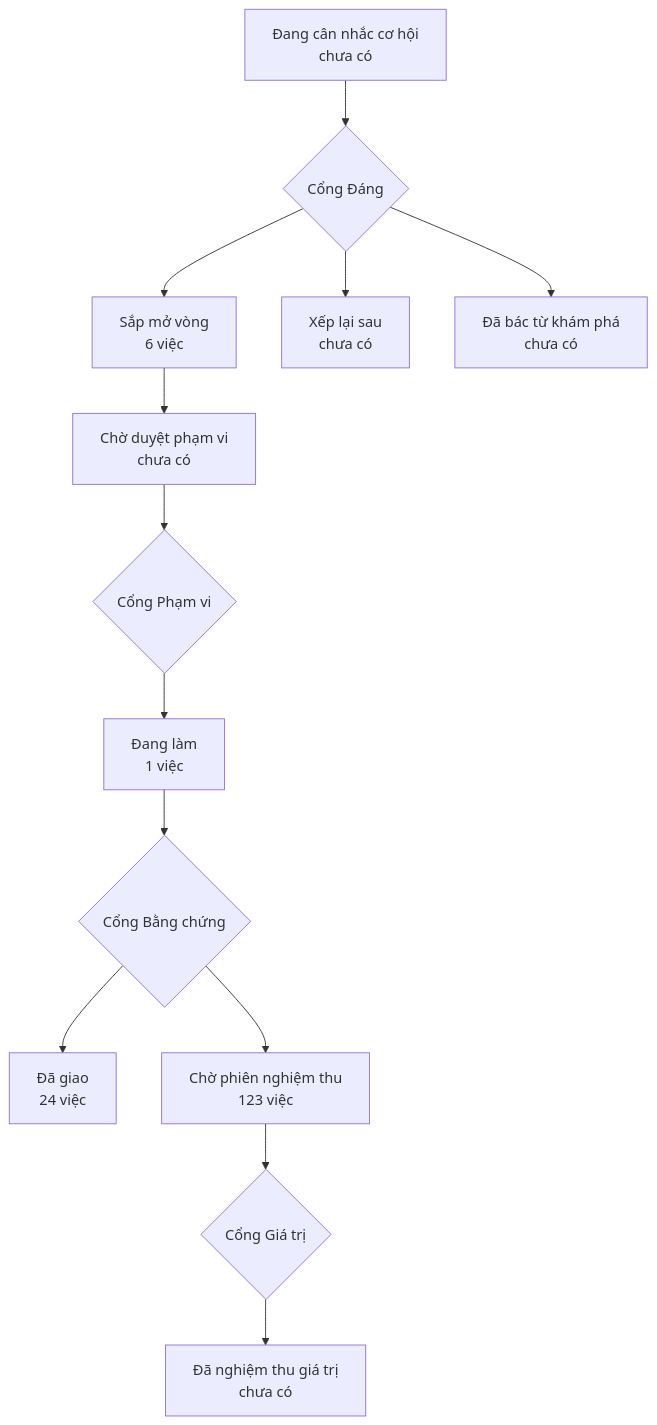
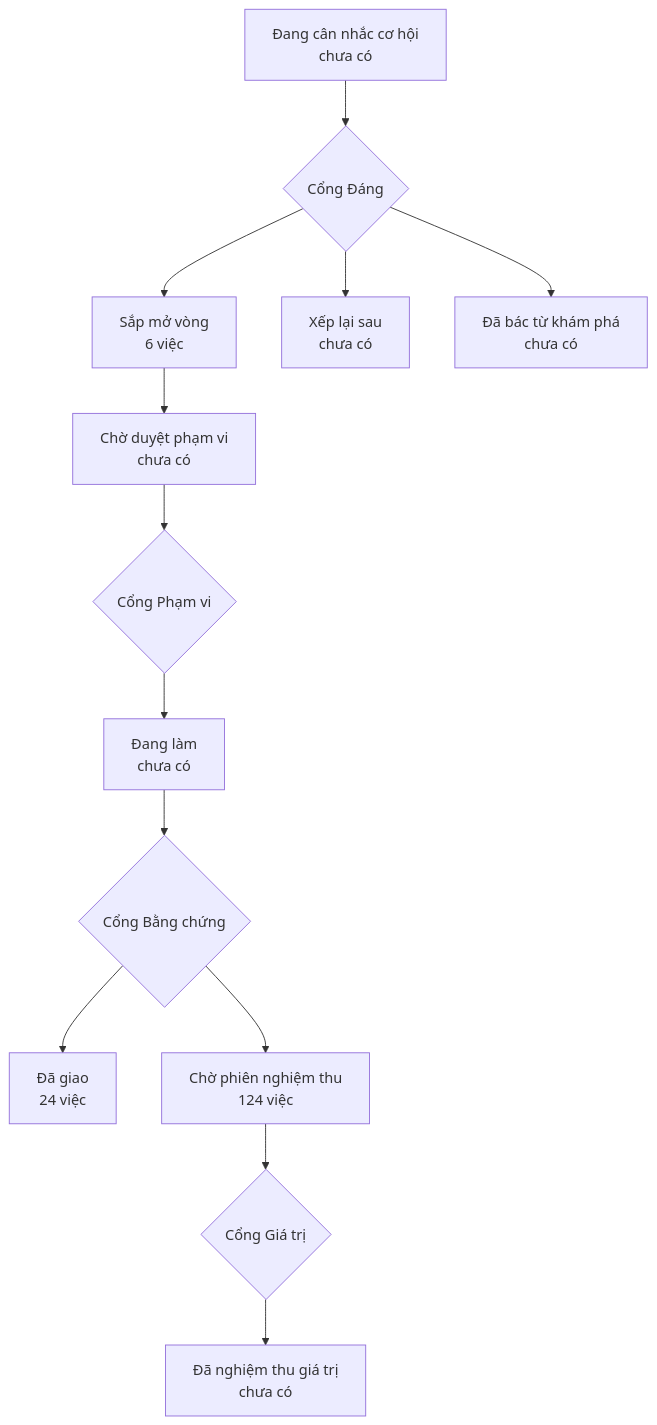
Before and after one commit to phanlemanh/onehub-quy-hang: the diagram in PRODUCT-MAP.md, drawn with Mermaid. The commit also changed other lines of this file and 4 other files, not shown here.

````diff
--- a/PRODUCT-MAP.md
+++ b/PRODUCT-MAP.md
@@ -7,12 +7,12 @@
 ```mermaid
 flowchart TD
   A["Đang cân nhắc cơ hội<br/>chưa có"] --> GD{"Cổng Đáng"}
   GD --> B["Sắp mở vòng<br/>6 việc"]
   GD --> XL["Xếp lại sau<br/>chưa có"]
   GD --> DB["Đã bác từ khám phá<br/>chưa có"]
   B --> CD["Chờ duyệt phạm vi<br/>chưa có"] --> GP{"Cổng Phạm vi"}
-  GP --> DL["Đang làm<br/>1 việc"] --> GB{"Cổng Bằng chứng"}
+  GP --> DL["Đang làm<br/>chưa có"] --> GB{"Cổng Bằng chứng"}
   GB --> DG["Đã giao<br/>24 việc"]
-  GB --> CN["Chờ phiên nghiệm thu<br/>123 việc"] --> GG{"Cổng Giá trị"}
+  GB --> CN["Chờ phiên nghiệm thu<br/>124 việc"] --> GG{"Cổng Giá trị"}
   GG --> NT["Đã nghiệm thu giá trị<br/>chưa có"]
 ```
````
